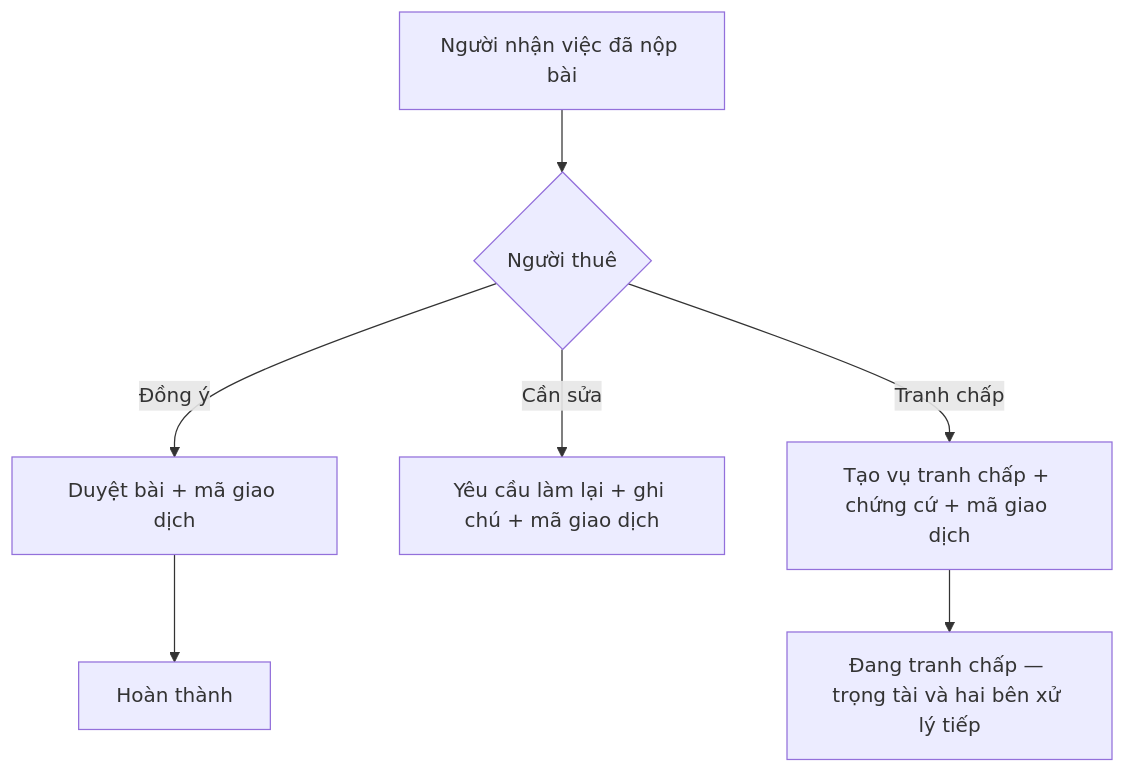
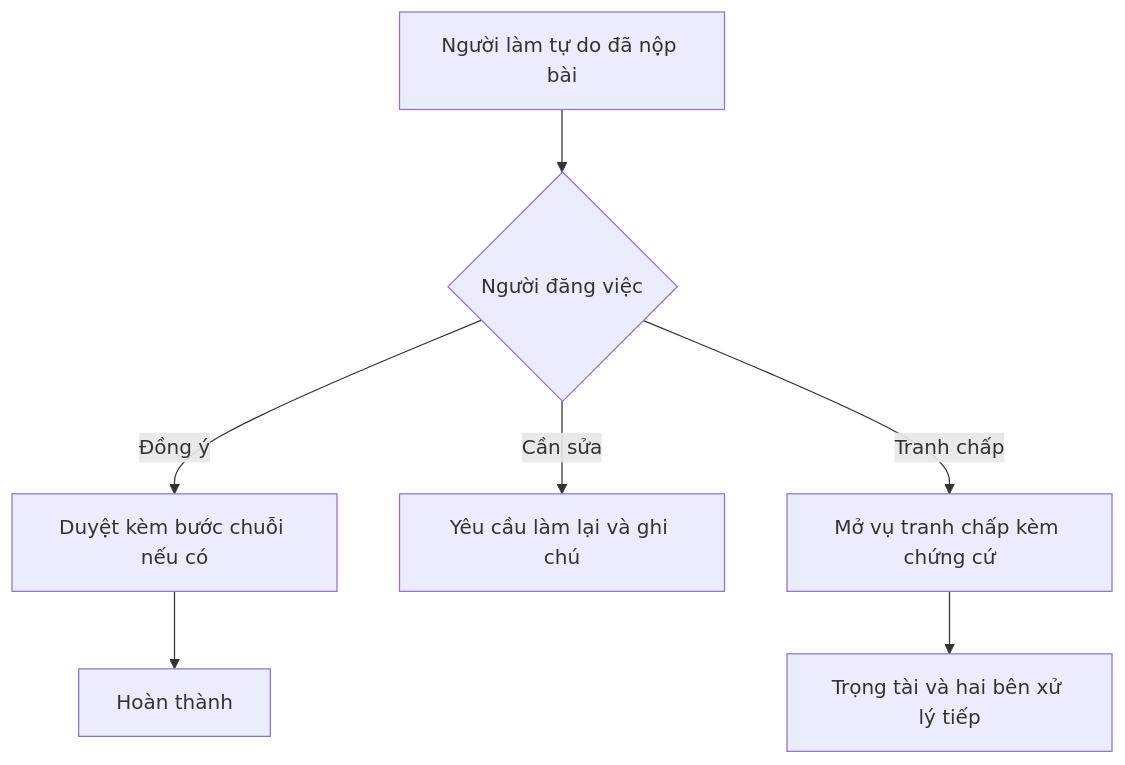
Before and after one commit to dmt041104111003/docs-nckh: the fourth of 5 diagrams in poster.md, drawn with Mermaid. The commit also changed other lines of this file and 8 other files, not shown here.

````diff
--- a/poster.md
+++ b/poster.md
@@ -77,9 +70,9 @@
 ```mermaid
 flowchart TD
-  A[Người nhận việc đã nộp bài] --> B{Người thuê}
-  B -->|Đồng ý| C[Duyệt bài + mã giao dịch]
-  B -->|Cần sửa| D[Yêu cầu làm lại + ghi chú + mã giao dịch]
-  B -->|Tranh chấp| E[Tạo vụ tranh chấp + chứng cứ + mã giao dịch]
+  A[Người làm tự do đã nộp bài] --> B{Người đăng việc}
+  B -->|Đồng ý| C[Duyệt kèm bước chuỗi nếu có]
+  B -->|Cần sửa| D[Yêu cầu làm lại và ghi chú]
+  B -->|Tranh chấp| E[Mở vụ tranh chấp kèm chứng cứ]
   C --> F[Hoàn thành]
-  E --> G[Đang tranh chấp — trọng tài và hai bên xử lý tiếp]
+  E --> G[Trọng tài và hai bên xử lý tiếp]
 ```
````
